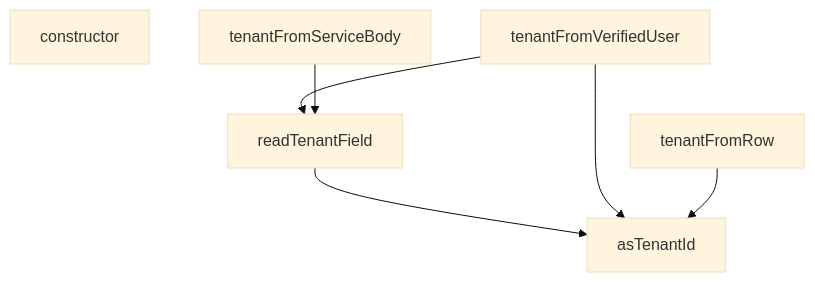
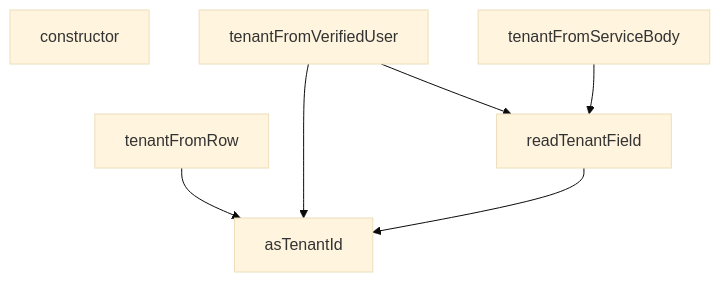
One commit to peckop/venthub-hvac-esite changed the diagram in supabase/functions/_shared/tenant.md. Above: the diagram before and after it, drawn with Mermaid (base theme). The commit also changed other lines of this file and 134 other files, not shown here.

````diff
--- a/supabase/functions/_shared/tenant.md
+++ b/supabase/functions/_shared/tenant.md
@@ -149,14 +157,14 @@
 ```mermaid
 graph TD
     tenant_ts__asTenantId["asTenantId"]
     tenant_ts__constructor["constructor"]
     tenant_ts__readTenantField["readTenantField"]
     tenant_ts__tenantFromRow["tenantFromRow"]
     tenant_ts__tenantFromServiceBody["tenantFromServiceBody"]
     tenant_ts__tenantFromVerifiedUser["tenantFromVerifiedUser"]
+    tenant_ts__tenantFromVerifiedUser --> tenant_ts__readTenantField
+    tenant_ts__tenantFromRow --> tenant_ts__asTenantId
+    tenant_ts__tenantFromServiceBody --> tenant_ts__readTenantField
+    tenant_ts__tenantFromVerifiedUser --> tenant_ts__asTenantId
     tenant_ts__readTenantField --> tenant_ts__asTenantId
-    tenant_ts__tenantFromVerifiedUser --> tenant_ts__asTenantId
-    tenant_ts__tenantFromRow --> tenant_ts__asTenantId
-    tenant_ts__tenantFromVerifiedUser --> tenant_ts__readTenantField
-    tenant_ts__tenantFromServiceBody --> tenant_ts__readTenantField
 ```
````
